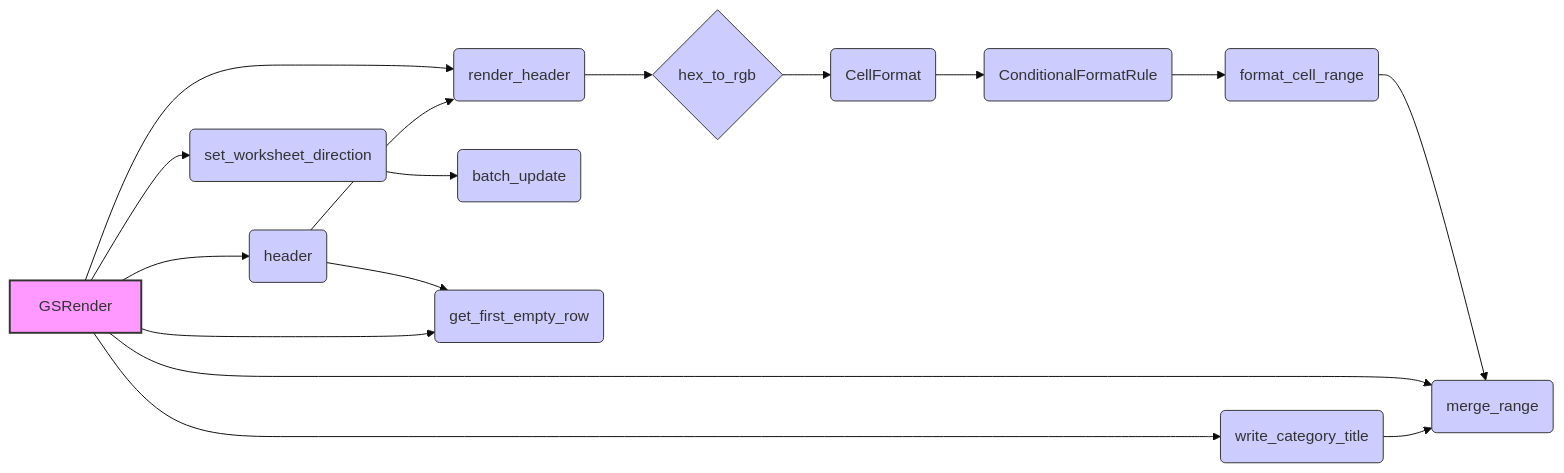
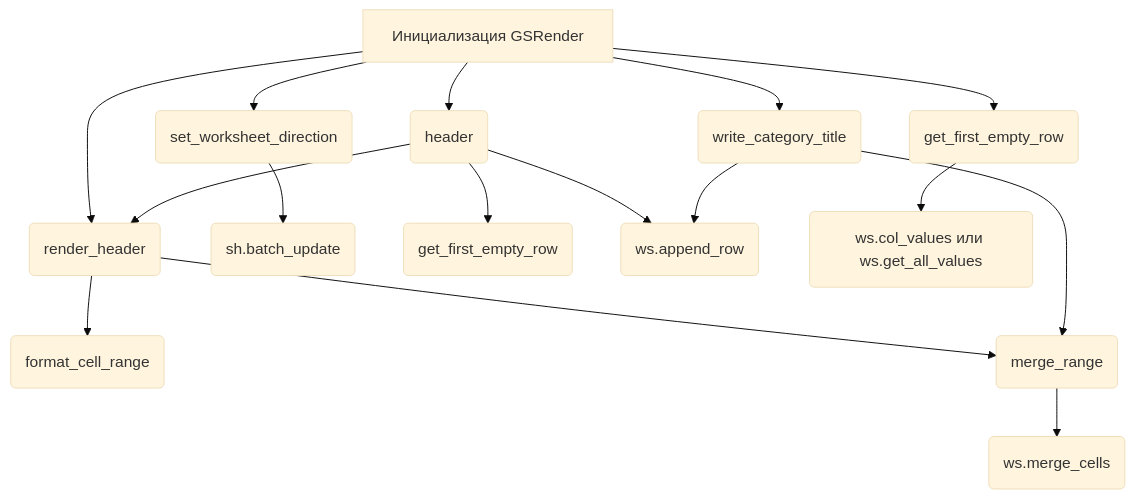
Before and after one commit to hypo69/hypo: the first of 2 diagrams in docs/gemini/ru/explainer/src/goog/spreadsheet/bberyakov/grender.py.md, drawn with Mermaid (base theme). The commit also changed other lines of this file and 596 other files, not shown here.

````diff
--- a/docs/gemini/ru/explainer/src/goog/spreadsheet/bberyakov/grender.py.md
+++ b/docs/gemini/ru/explainer/src/goog/spreadsheet/bberyakov/grender.py.md
@@ -47,37 +41,18 @@
 ```mermaid
-graph LR
-    A[GSRender] --> B(render_header);
-    B --> C{hex_to_rgb};
-    C --> D(CellFormat);
-    D --> E(ConditionalFormatRule);
-    E --> F(format_cell_range);
-    F --> G(merge_range);
-    A --> G;
-     A --> H(set_worksheet_direction);
-    H --> I(batch_update);
-    A --> J(header);
-    J --> K(get_first_empty_row);
-    J --> B
-    A --> L(write_category_title);
-    L --> G;
-    A --> K;
-
-    style A fill:#f9f,stroke:#333,stroke-width:2px
-    style B fill:#ccf,stroke:#333,stroke-width:1px
-    style C fill:#ccf,stroke:#333,stroke-width:1px
-    style D fill:#ccf,stroke:#333,stroke-width:1px
-    style E fill:#ccf,stroke:#333,stroke-width:1px
-    style F fill:#ccf,stroke:#333,stroke-width:1px
-    style G fill:#ccf,stroke:#333,stroke-width:1px
-        style H fill:#ccf,stroke:#333,stroke-width:1px
-    style I fill:#ccf,stroke:#333,stroke-width:1px
-    style J fill:#ccf,stroke:#333,stroke-width:1px
-    style K fill:#ccf,stroke:#333,stroke-width:1px
-        style L fill:#ccf,stroke:#333,stroke-width:1px
-    
-    
-   
-    
-    
-    
+graph TD
+    A[Инициализация GSRender] --> B(render_header);
+    B --> C(format_cell_range);
+    B --> D(merge_range);
+    D --> E(ws.merge_cells);
+    A --> F(set_worksheet_direction);
+    F --> G(sh.batch_update);
+    A --> H(header);
+    H --> I(get_first_empty_row);
+    H --> J(ws.append_row);
+    H --> B;
+   A --> K(write_category_title);
+    K --> J;
+    K --> D;
+     A --> L(get_first_empty_row)
+    L --> M(ws.col_values или ws.get_all_values);
 ```
````
